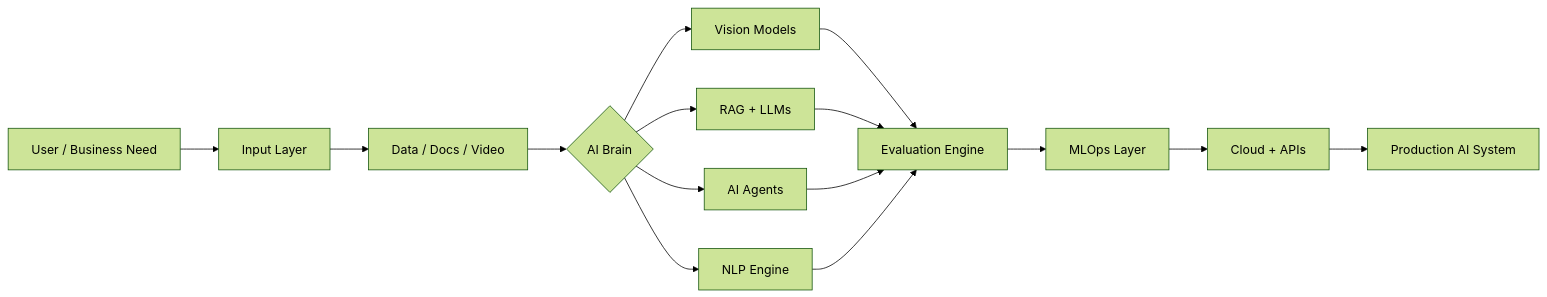
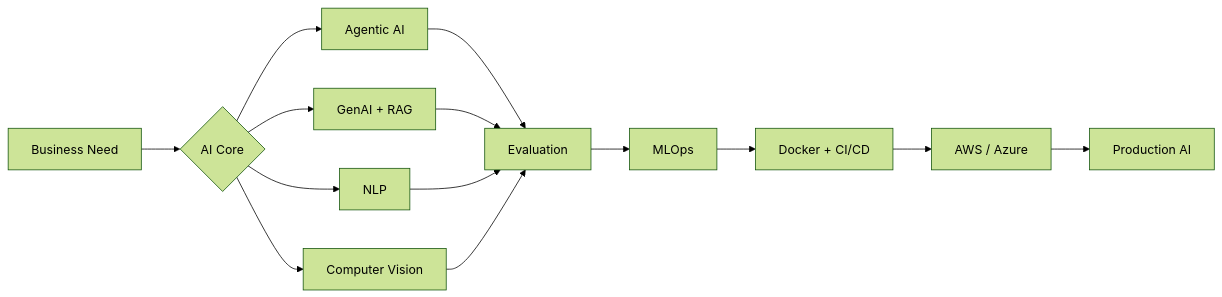
One commit to mohdsarfarazullakhan/mohdsarfarazullakhan changed the diagram in README.md. Above: the diagram before and after it, drawn with Mermaid (forest theme). The commit also changed other lines of this file and 2 other files, not shown here.

````diff
--- a/README.md
+++ b/README.md
@@ -61,17 +63,19 @@
 ```mermaid
 flowchart LR
-    U[User / Business Need] --> I[Input Layer]
-    I --> D[Data / Docs / Video]
-    D --> B{AI Brain}
-    B --> V[Vision Models]
-    B --> R[RAG + LLMs]
-    B --> A[AI Agents]
-    B --> N[NLP Engine]
-    V --> E[Evaluation Engine]
-    R --> E
-    A --> E
-    N --> E
-    E --> M[MLOps Layer]
-    M --> C[Cloud + APIs]
-    C --> P[Production AI System]
+    A[Business Need] --> B{AI Core}
+
+    B --> C[Agentic AI]
+    B --> D[GenAI + RAG]
+    B --> E[NLP]
+    B --> F[Computer Vision]
+
+    C --> G[Evaluation]
+    D --> G
+    E --> G
+    F --> G
+
+    G --> H[MLOps]
+    H --> I[Docker + CI/CD]
+    I --> J[AWS / Azure]
+    J --> K[Production AI]
 ```
````
